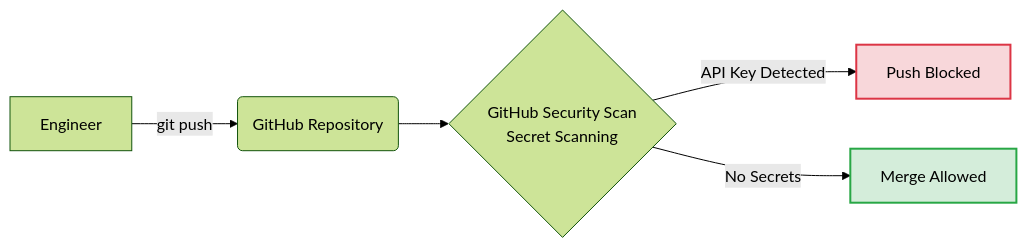
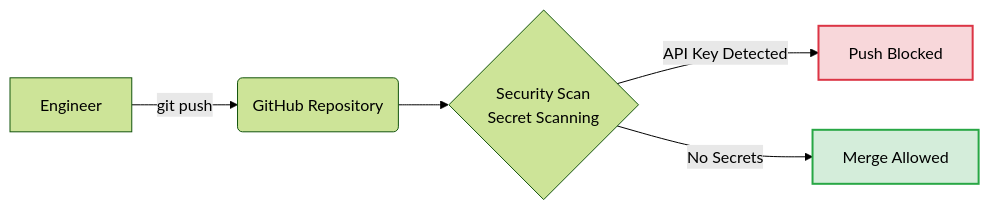
One commit to ga-curriculum/security-in-ai-systems-operations changed the second of 4 diagrams in README.md. Above: the diagram before and after it, drawn with Mermaid (forest theme). The commit also changed other lines of this file and 1 other file, not shown here.

````diff
--- a/README.md
+++ b/README.md
@@ -103,11 +111,11 @@
 ```mermaid
 graph LR
     Dev[Engineer] -->|git push| Repo(GitHub Repository)
-    Repo --> Scan{GitHub Security Scan<br/>Secret Scanning}
+    Repo --> Scan{Security Scan<br/>Secret Scanning}
     Scan -->|API Key Detected| Block[Push Blocked]
     Scan -->|No Secrets| Deploy[Merge Allowed]
     
     style Block fill:#f8d7da,stroke:#dc3545,stroke-width:2px;
     style Deploy fill:#d4edda,stroke:#28a745,stroke-width:2px;
 
 ```
````
